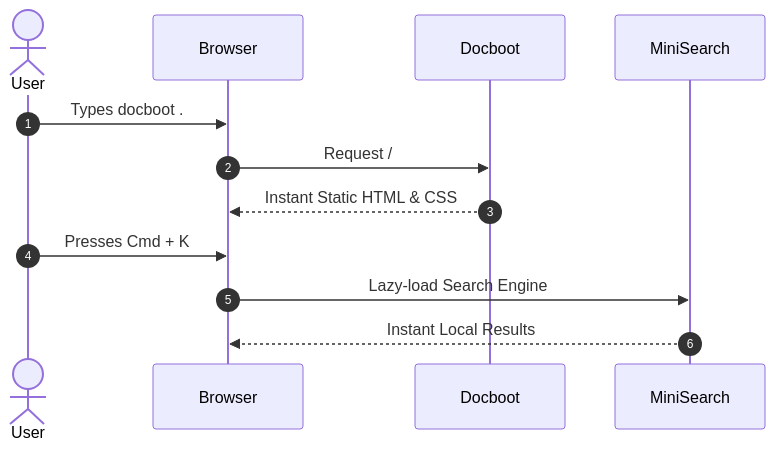
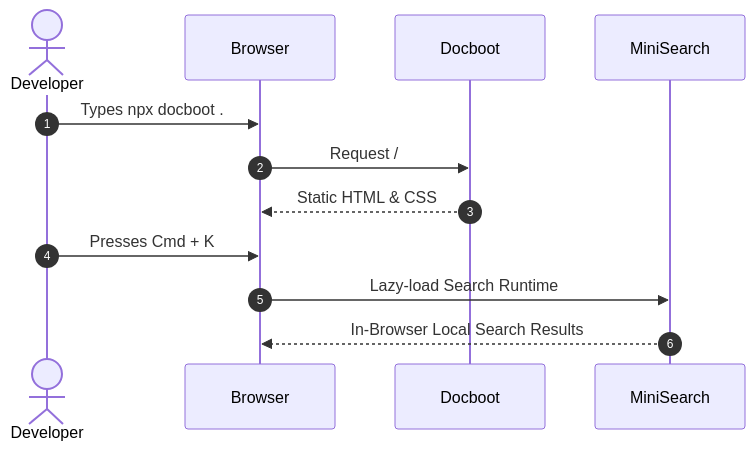
The second of 2 diagrams in docs/guide/diagrams.md (litepacks/docboot), drawn with Mermaid before and after one commit. The commit also changed other lines of this file and 27 other files, not shown here.

Commit message:
docs: restructure documentation around zero-config positioning, accurate architecture, and built-in tooling

````diff
--- a/docs/guide/diagrams.md
+++ b/docs/guide/diagrams.md
@@ -29,15 +59,15 @@
 ```mermaid
 sequenceDiagram
   autonumber
-  actor User
+  actor Developer
   participant Browser
   participant Docboot
   participant MiniSearch
 
-  User->>Browser: Types docboot .
+  Developer->>Browser: Types npx docboot .
   Browser->>Docboot: Request /
-  Docboot-->>Browser: Instant Static HTML & CSS
-  User->>Browser: Presses Cmd + K
-  Browser->>MiniSearch: Lazy-load Search Engine
-  MiniSearch-->>Browser: Instant Local Results
+  Docboot-->>Browser: Static HTML & CSS
+  Developer->>Browser: Presses Cmd + K
+  Browser->>MiniSearch: Lazy-load Search Runtime
+  MiniSearch-->>Browser: In-Browser Local Search Results
 ```
````
